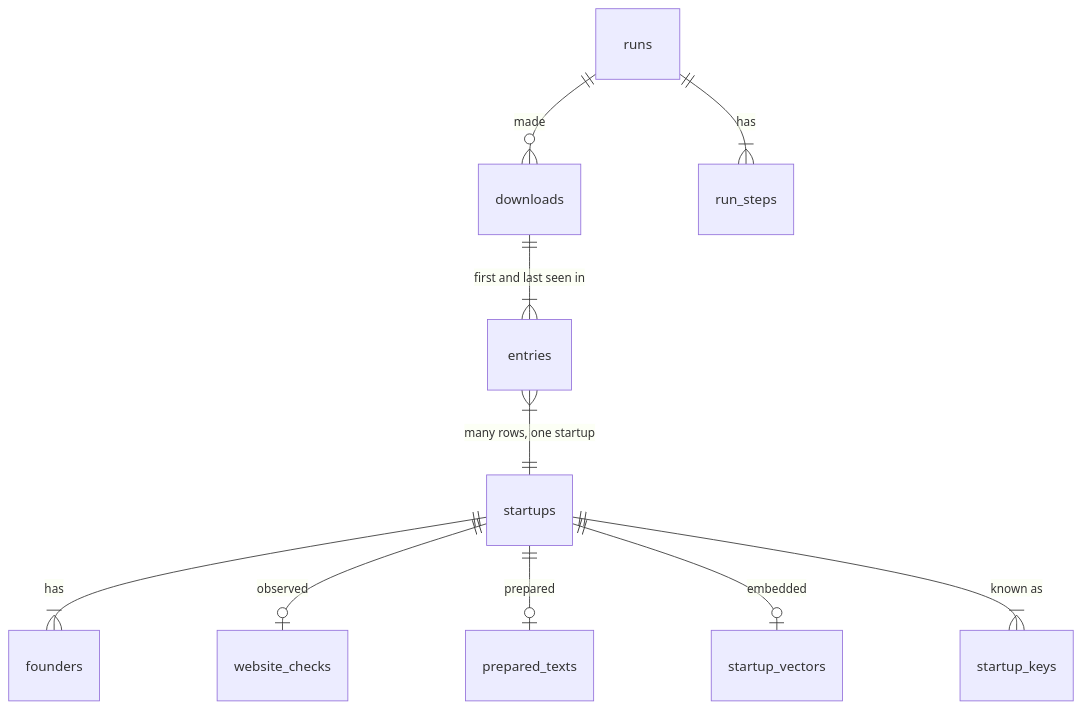
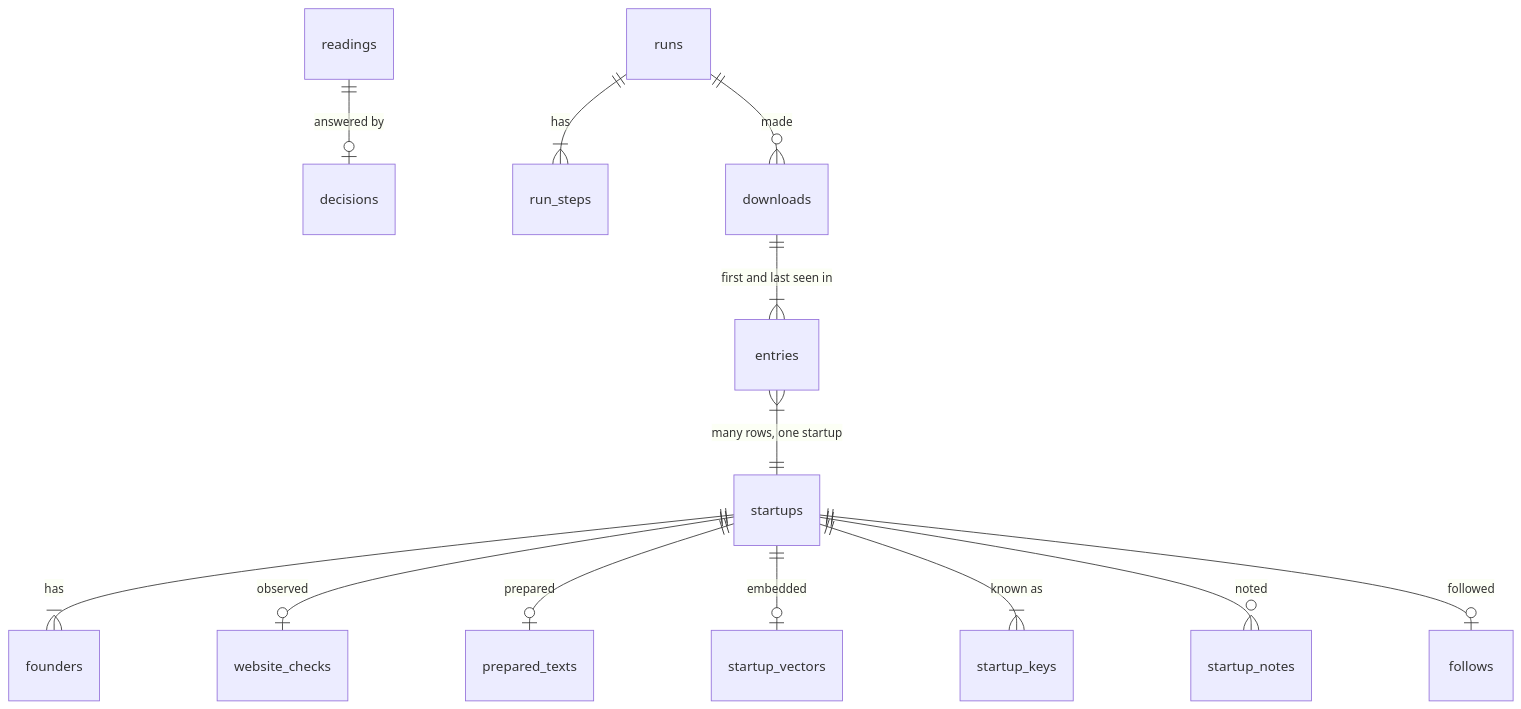
One commit to OussemaJaouadi/Athar changed the diagram in docs/DATA.md. Above: the diagram before and after it, drawn with Mermaid. The commit also changed other lines of this file and 3 other files, not shown here.

Commit message:
Docs: describe the readings, lanes, decisions and owner's notes, and the operator passphrase

````diff
--- a/docs/DATA.md
+++ b/docs/DATA.md
@@ -9,12 +13,15 @@
 ```mermaid
 erDiagram
     downloads ||--|{ entries : "first and last seen in"
     entries }|--|| startups : "many rows, one startup"
     startups ||--|{ founders : "has"
     startups ||--o| website_checks : "observed"
     startups ||--o| prepared_texts : "prepared"
     startups ||--o| startup_vectors : "embedded"
     startups ||--|{ startup_keys : "known as"
+    startups ||--o{ startup_notes : "noted"
+    startups ||--o| follows : "followed"
+    readings ||--o| decisions : "answered by"
     runs ||--|{ run_steps : "has"
     runs ||--o{ downloads : "made"
 ```
````
